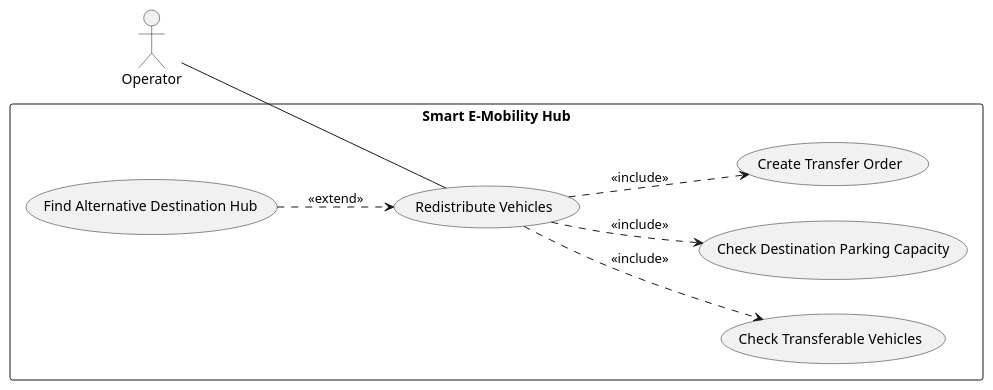
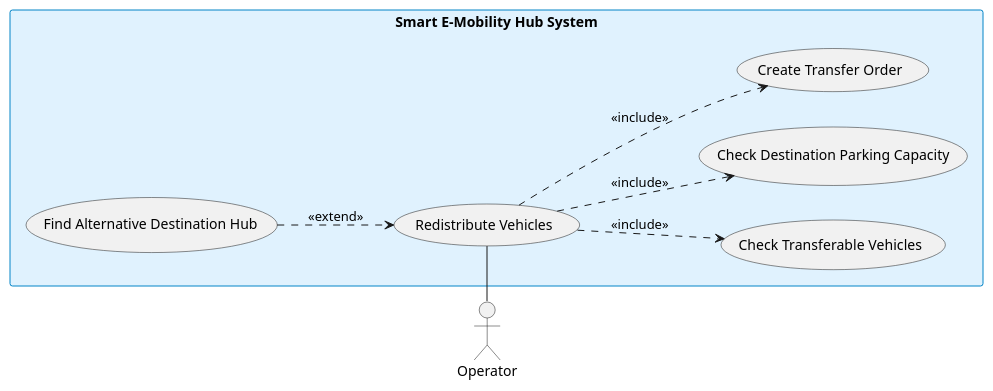
Diagram 21 of 30 in 01_Diagram/01_Usecase_Diagram/PLANTUML_ALL.md (YdtTran/software-engineerning), drawn with PlantUML before and after one commit. The commit also changed other lines of this file and 217 other files, not shown here.

````diff
--- a/01_Diagram/01_Usecase_Diagram/PLANTUML_ALL.md
+++ b/01_Diagram/01_Usecase_Diagram/PLANTUML_ALL.md
@@ -375,24 +453,21 @@
 ```plantuml
 @startuml
 left to right direction
-skinparam packageStyle rectangle
 skinparam shadowing false
-
-actor "Operator" as Operator
-
-rectangle "Smart E-Mobility Hub" {
-    usecase "Find Alternative Destination Hub" as UC_Alt
-    usecase "Redistribute Vehicles" as UC_Redist
-    usecase "Check Transferable Vehicles" as UC_CheckVeh
-    usecase "Check Destination Parking Capacity" as UC_CheckCap
-    usecase "Create Transfer Order" as UC_Order
-
-    UC_Alt ..> UC_Redist : <<extend>>
-    UC_Redist ..> UC_CheckVeh : <<include>>
-    UC_Redist ..> UC_CheckCap : <<include>>
-    UC_Redist ..> UC_Order : <<include>>
+skinparam rectangleBackgroundColor #e0f2fe
+skinparam rectangleBorderColor #0284c7
+actor "Operator" as actor_left
+rectangle "Smart E-Mobility Hub System" {
+  usecase "Find Alternative Destination Hub" as uc_ext
+  usecase "Redistribute Vehicles" as uc_base
+  usecase "Check Transferable Vehicles" as uc_inc1
+  usecase "Check Destination Parking Capacity" as uc_inc2
+  usecase "Create Transfer Order" as uc_inc3
 }
-
-Operator -- UC_Redist
+actor_left -right- uc_base
+uc_ext ..> uc_base : <<extend>>
+uc_base ..> uc_inc1 : <<include>>
+uc_base ..> uc_inc2 : <<include>>
+uc_base ..> uc_inc3 : <<include>>
 @enduml
 ```
````
